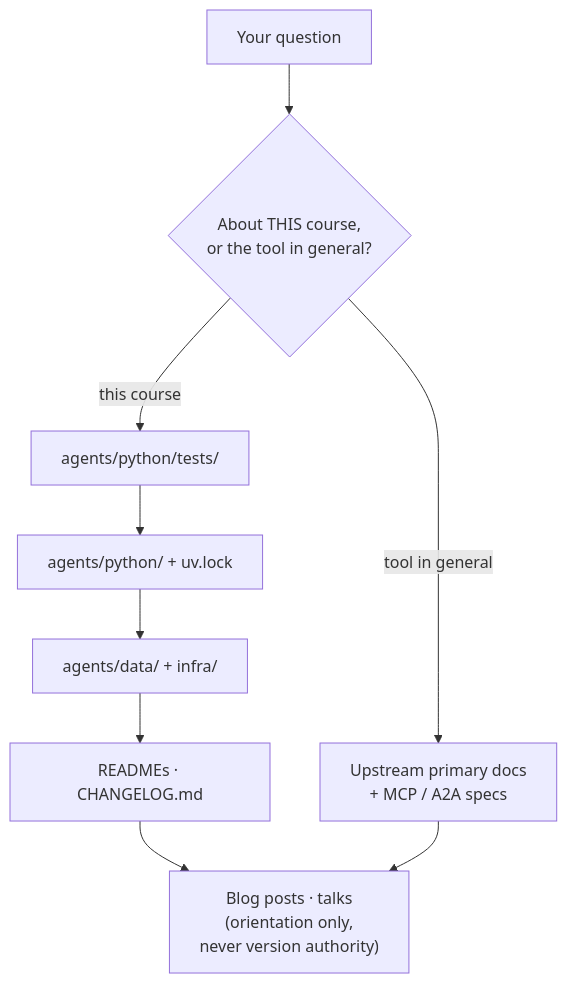
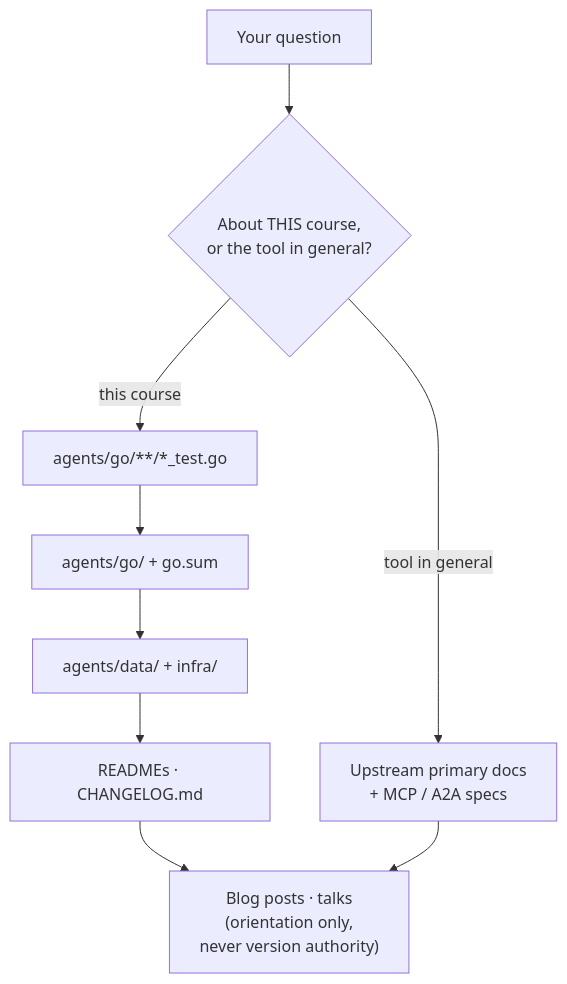
The diagram in content/0. Overview/0.5. Resources.md (LuiGGi629/agentops-open-course), drawn with Mermaid before and after one commit. The commit also changed other lines of this file and 87 other files, not shown here.

````diff
--- a/content/0. Overview/0.5. Resources.md
+++ b/content/0. Overview/0.5. Resources.md
@@ -41,11 +41,11 @@
 ```mermaid
 flowchart TD
     Q["Your question"] --> T{"About THIS course,<br/>or the tool in general?"}
-    T -->|this course| R1["agents/python/tests/"]
-    R1 --> R2["agents/python/ + uv.lock"]
+    T -->|this course| R1["agents/go/**/*_test.go"]
+    R1 --> R2["agents/go/ + go.sum"]
     R2 --> R3["agents/data/ + infra/"]
     R3 --> R4["READMEs · CHANGELOG.md"]
     T -->|tool in general| U1["Upstream primary docs<br/>+ MCP / A2A specs"]
     R4 --> B["Blog posts · talks<br/>(orientation only,<br/>never version authority)"]
     U1 --> B
 ```
````
